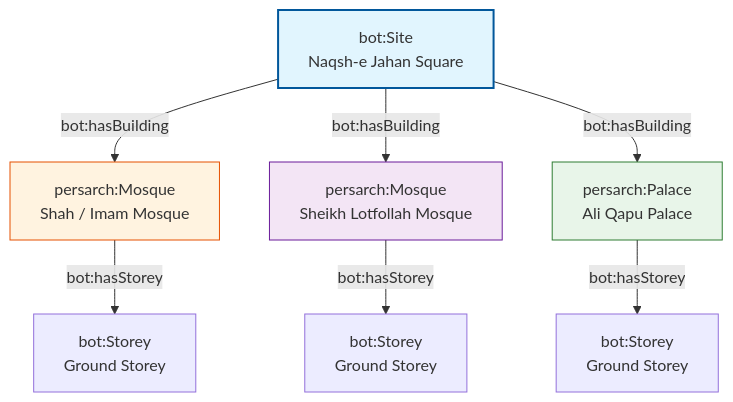
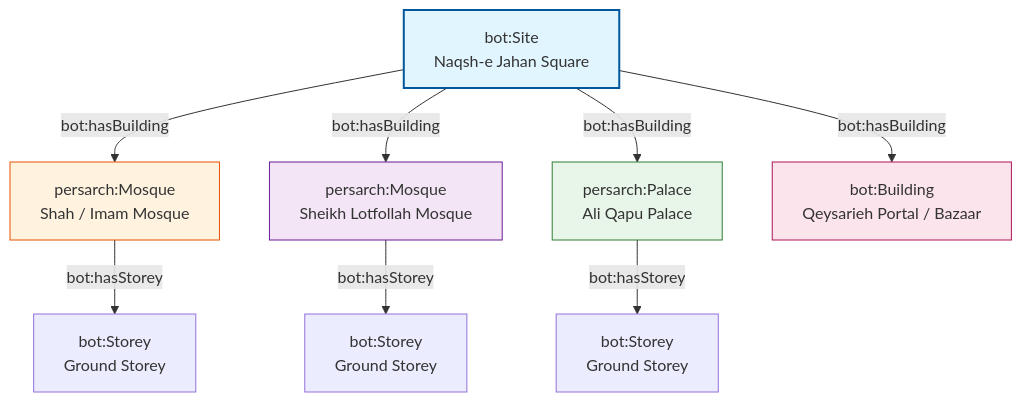
Before and after one commit to MehranDHN/persarch: the seventh of 16 diagrams in README.md, drawn with Mermaid. The commit also changed other lines of this file, not shown here.

Commit message:
Extending readme by double chack mermaid diagram and adding revit BIM section

````diff
--- a/README.md
+++ b/README.md
@@ -511,17 +554,19 @@
 ```mermaid
 graph TD
-    Site["bot:Site<br/>Naqsh-e Jahan Square"]
+    Site["bot:Site<br>Naqsh-e Jahan Square"]
 
-    Site -->|bot:hasBuilding| Shah["persarch:Mosque<br/>Shah / Imam Mosque"]
-    Site -->|bot:hasBuilding| Lotfollah["persarch:Mosque<br/>Sheikh Lotfollah Mosque"]
-    Site -->|bot:hasBuilding| AliQapu["persarch:Palace<br/>Ali Qapu Palace"]
+    Site -->|bot:hasBuilding| Shah["persarch:Mosque<br>Shah / Imam Mosque"]
+    Site -->|bot:hasBuilding| Lotfollah["persarch:Mosque<br>Sheikh Lotfollah Mosque"]
+    Site -->|bot:hasBuilding| AliQapu["persarch:Palace<br>Ali Qapu Palace"]
+    Site -->|bot:hasBuilding| Qeysarieh["bot:Building<br>Qeysarieh Portal / Bazaar"]
 
-    Shah -->|bot:hasStorey| ShahGS["bot:Storey<br/>Ground Storey"]
-    Lotfollah -->|bot:hasStorey| LotfGS["bot:Storey<br/>Ground Storey"]
-    AliQapu -->|bot:hasStorey| AQGS["bot:Storey<br/>Ground Storey"]
+    Shah -->|bot:hasStorey| ShahGS["bot:Storey<br>Ground Storey"]
+    Lotfollah -->|bot:hasStorey| LotfGS["bot:Storey<br>Ground Storey"]
+    AliQapu -->|bot:hasStorey| AQGS["bot:Storey<br>Ground Storey"]
 
     style Site fill:#e1f5fe,stroke:#01579b,stroke-width:2px
     style Shah fill:#fff3e0,stroke:#e65100
     style Lotfollah fill:#f3e5f5,stroke:#6a1b9a
     style AliQapu fill:#e8f5e9,stroke:#2e7d32
+    style Qeysarieh fill:#fce4ec,stroke:#ad1457
 ```
````
